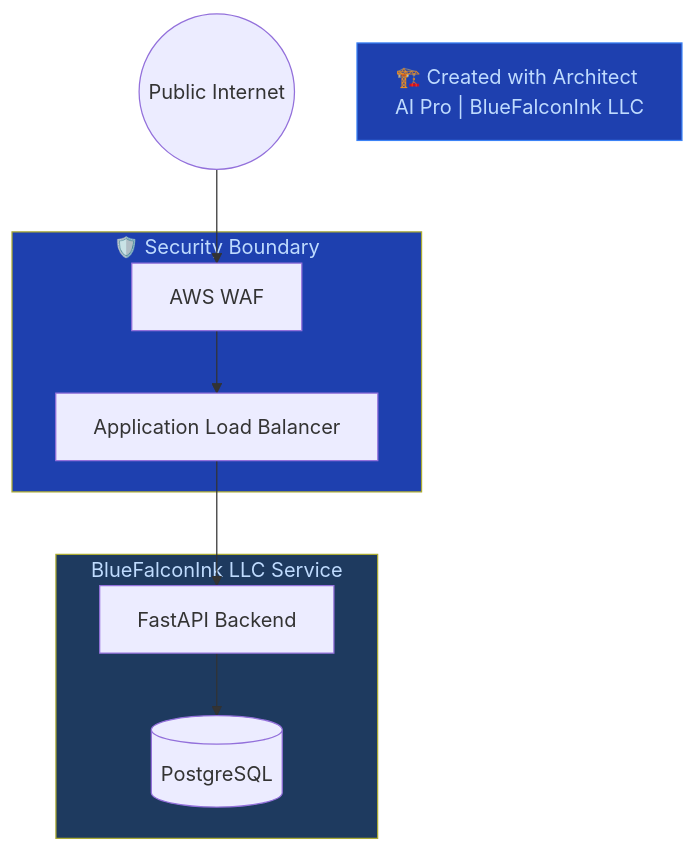
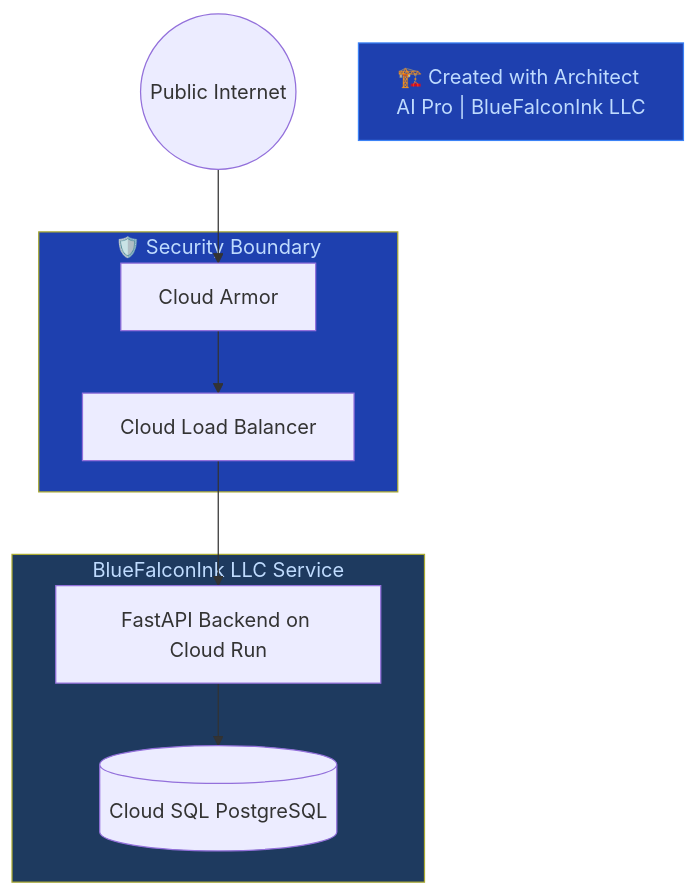
One commit to koreric75/ArchitectAIPro_GHActions changed the diagram in REMEDIATION_PROMPT.md. Above: the diagram before and after it, drawn with Mermaid. The commit also changed other lines of this file and 9 other files, not shown here.

````diff
--- a/REMEDIATION_PROMPT.md
+++ b/REMEDIATION_PROMPT.md
@@ -53,26 +53,26 @@
 ```mermaid
 %% Remediated by Architect AI Pro Foreman | BlueFalconInk LLC
 %% https://architect-ai-pro-mobile-edition-484078543321.us-west1.run.app/
 
 graph TB
     subgraph Security["🛡️ Security Boundary"]
-        WAF[AWS WAF]
-        ALB[Application Load Balancer]
+        ARMOR[Cloud Armor]
+        LB[Cloud Load Balancer]
     end
 
     subgraph Application["BlueFalconInk LLC Service"]
-        API[FastAPI Backend]
-        DB[(PostgreSQL)]
+        API[FastAPI Backend on Cloud Run]
+        DB[(Cloud SQL PostgreSQL)]
     end
 
-    Internet((Public Internet)) --> WAF
-    WAF --> ALB
-    ALB --> API
+    Internet((Public Internet)) --> ARMOR
+    ARMOR --> LB
+    LB --> API
     API --> DB
 
     FOOTER["🏗️ Created with Architect AI Pro | BlueFalconInk LLC"]
 
     style Security fill:#1E40AF,color:#BFDBFE
     style Application fill:#1E3A5F,color:#BFDBFE
     style FOOTER fill:#1E40AF,color:#BFDBFE,stroke:#3B82F6
 ```
````
